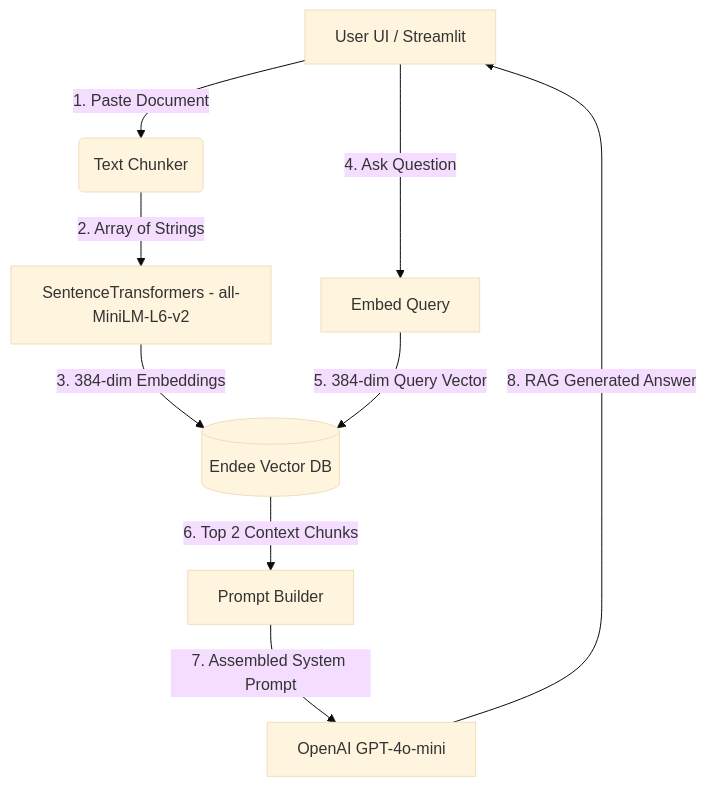
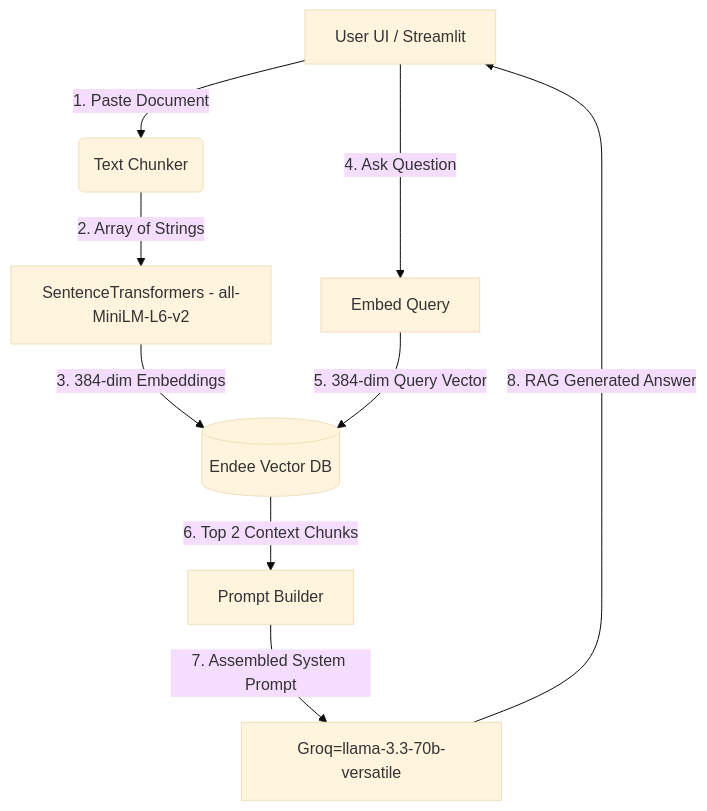
One commit to endee-io/endee changed the diagram in Research-FlowAI/README.md. Above: the diagram before and after it, drawn with Mermaid (base theme). The commit also changed other lines of this file, not shown here.

Commit message:
Change model reference from GPT-4o-mini to llama-3.3-70b-versatile
Updated references from GPT-4o-mini to llama-3.3-70b-versatile in the README.

````diff
--- a/Research-FlowAI/README.md
+++ b/Research-FlowAI/README.md
@@ -10,12 +10,12 @@
 ```mermaid
 graph TD
     A[User UI / Streamlit] -->|1. Paste Document| B(Text Chunker)
     B -->|2. Array of Strings| C[SentenceTransformers - all-MiniLM-L6-v2]
     C -->|3. 384-dim Embeddings| D[(Endee Vector DB)]
     
     A -->|4. Ask Question| E[Embed Query]
     E -->|5. 384-dim Query Vector| D
     D -->|6. Top 2 Context Chunks| F[Prompt Builder]
-    F -->|7. Assembled System Prompt| G[OpenAI GPT-4o-mini]
+    F -->|7. Assembled System Prompt| G[Groq=llama-3.3-70b-versatile]
     G -->|8. RAG Generated Answer| A
 ```
````
